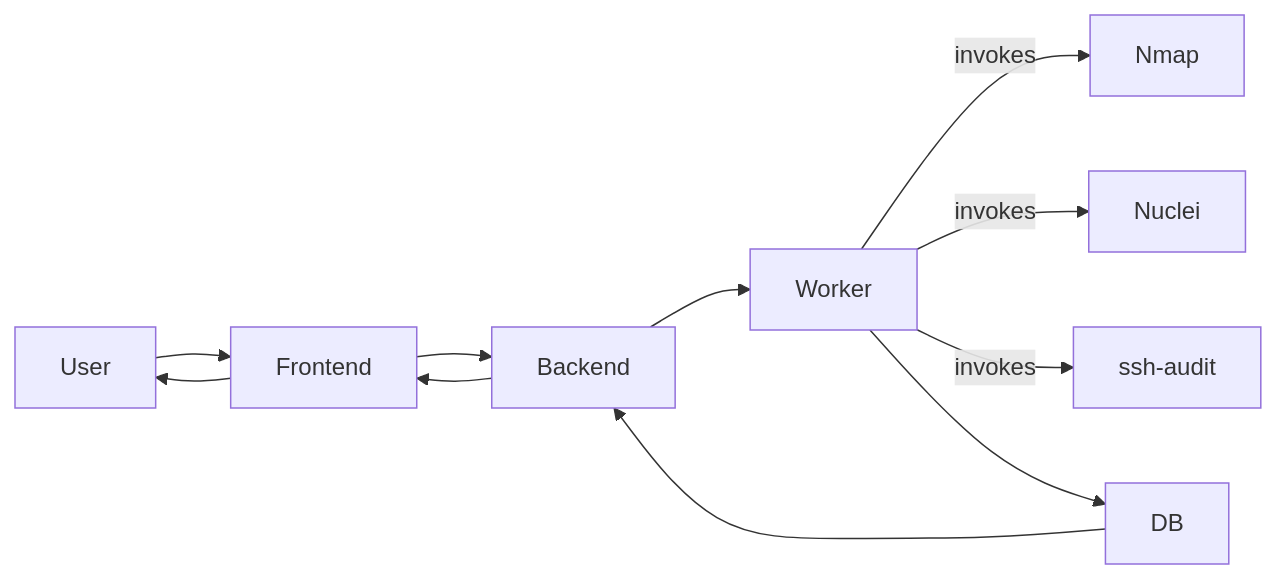
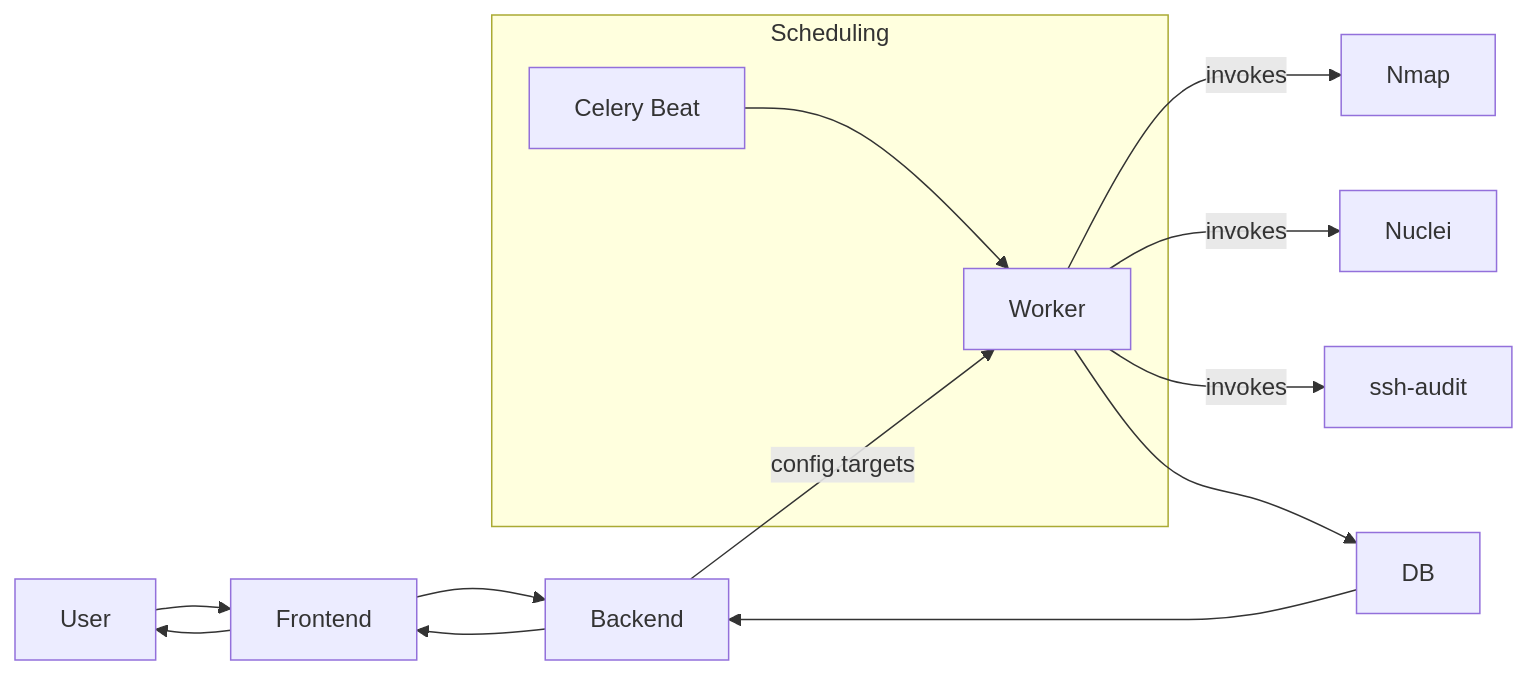
Before and after one commit to RezaAmbler/peek: the diagram in docs/architecture.md, drawn with Mermaid. The commit also changed other lines of this file and 6 other files, not shown here.

First line of the commit message:
docs: update documentation for config-centric architecture

````diff
--- a/docs/architecture.md
+++ b/docs/architecture.md
@@ -26,12 +44,16 @@
 ```mermaid
 %% See mermaid/overview.mmd for the source of truth
 graph LR
   User --> Frontend
   Frontend --> Backend
-  Backend --> Worker
+  Backend --> |config.targets| Worker
   Worker -->|invokes| Nmap
   Worker -->|invokes| Nuclei
   Worker -->|invokes| ssh-audit
   Worker --> DB
   DB --> Backend --> Frontend --> User
+
+  subgraph Scheduling
+    Beat[Celery Beat] --> Worker
+  end
 ```
````
